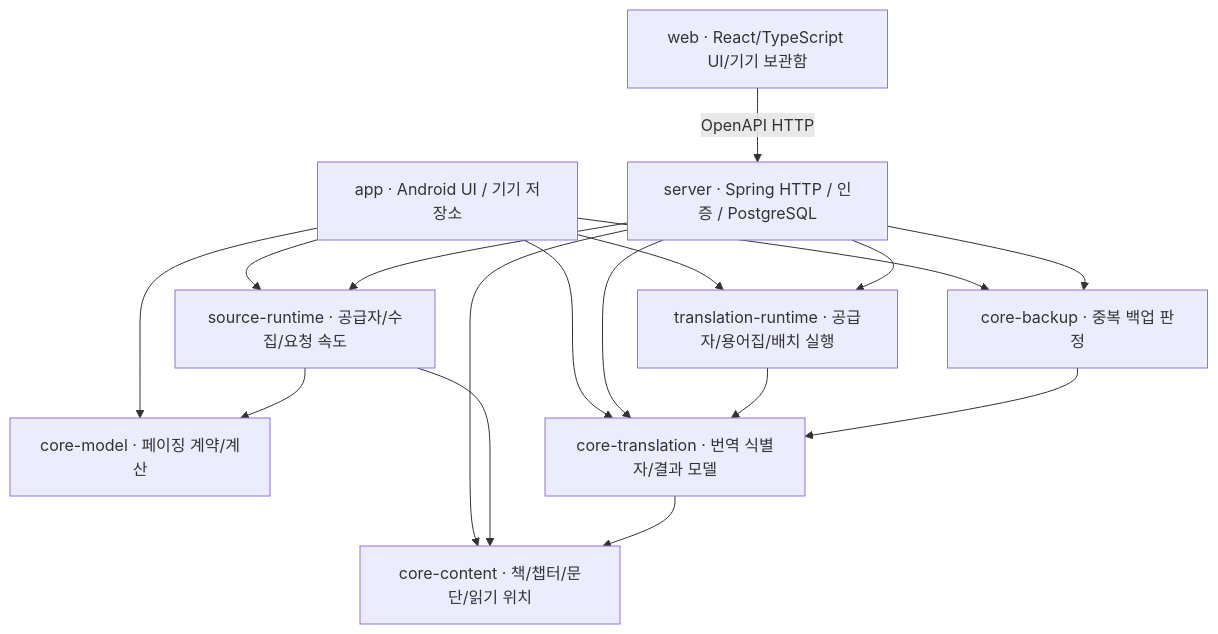
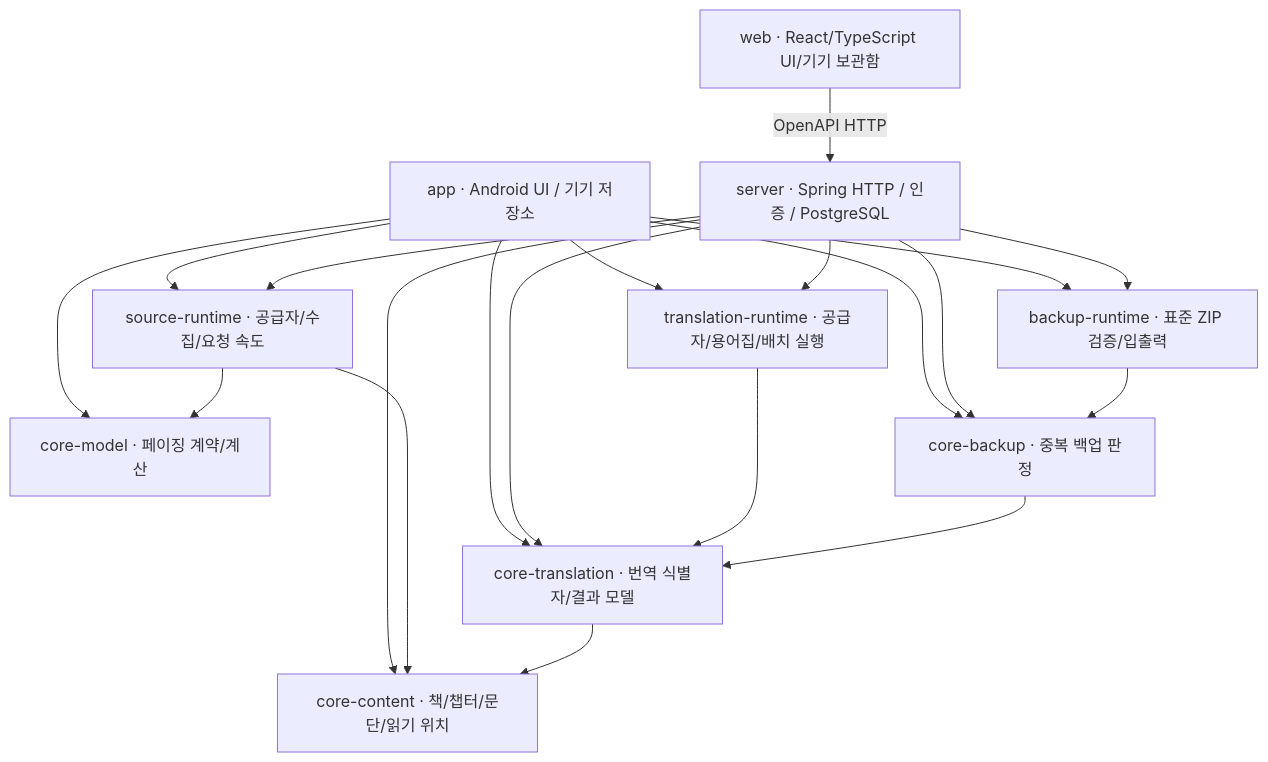
One commit to gongdongho12/PageTuner changed the diagram in docs/APP_SERVER_CORE_SEPARATION.md. Above: the diagram before and after it, drawn with Mermaid. The commit also changed other lines of this file and 16 other files, not shown here.

Commit message:
refactor: isolate portable ZIP codec in shared backup runtime

````diff
--- a/docs/APP_SERVER_CORE_SEPARATION.md
+++ b/docs/APP_SERVER_CORE_SEPARATION.md
@@ -22,19 +24,22 @@
 ```mermaid
 flowchart TD
     APP["app · Android UI / 기기 저장소"] --> MODEL["core-model · 페이징 계약/계산"]
     APP --> TRANSLATION["core-translation · 번역 식별자/결과 모델"]
     APP --> BACKUP["core-backup · 중복 백업 판정"]
+    APP --> BACKUP_RUNTIME["backup-runtime · 표준 ZIP 검증/입출력"]
     APP --> SOURCE_RUNTIME["source-runtime · 공급자/수집/요청 속도"]
     APP --> TRANSLATION_RUNTIME["translation-runtime · 공급자/용어집/배치 실행"]
     WEB["web · React/TypeScript UI/기기 보관함"] -->|"OpenAPI HTTP"| SERVER
     SERVER["server · Spring HTTP / 인증 / PostgreSQL"] --> CONTENT["core-content · 책/챕터/문단/읽기 위치"]
     SERVER --> TRANSLATION
     SERVER --> BACKUP
+    SERVER --> BACKUP_RUNTIME
     SERVER --> SOURCE_RUNTIME
     SERVER --> TRANSLATION_RUNTIME
     SOURCE_RUNTIME --> CONTENT
     SOURCE_RUNTIME --> MODEL
     TRANSLATION_RUNTIME --> TRANSLATION
     BACKUP --> TRANSLATION
+    BACKUP_RUNTIME --> BACKUP
     TRANSLATION --> CONTENT
 ```
````
